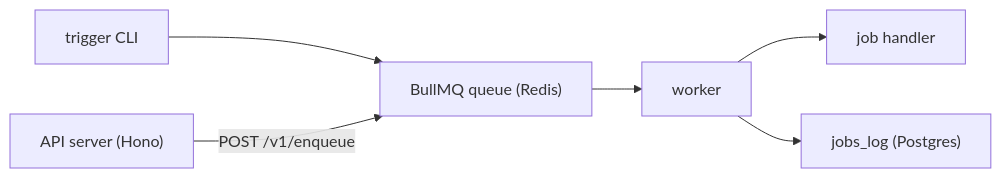
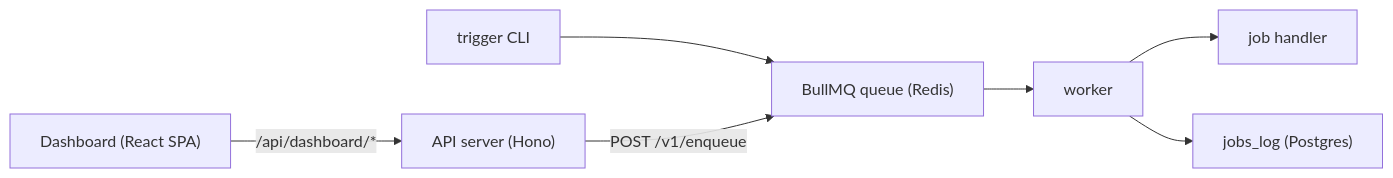
The diagram in README.md (ianuriegas/cinnamon), drawn with Mermaid before and after one commit. The commit also changed other lines of this file and 66 other files, not shown here.

First line of the commit message:
feat: Add cancel, streaming, and React dashboard (#19)

````diff
--- a/README.md
+++ b/README.md
@@ -12,8 +12,9 @@
 ```mermaid
 flowchart LR
   CLI["trigger CLI"] --> Queue["BullMQ queue (Redis)"]
   API["API server (Hono)"] -->|"POST /v1/enqueue"| Queue
+  Dashboard["Dashboard (React SPA)"] -->|"/api/dashboard/*"| API
   Queue --> Worker[worker]
   Worker --> Handler[job handler]
   Worker --> JobsLog["jobs_log (Postgres)"]
 ```
````
